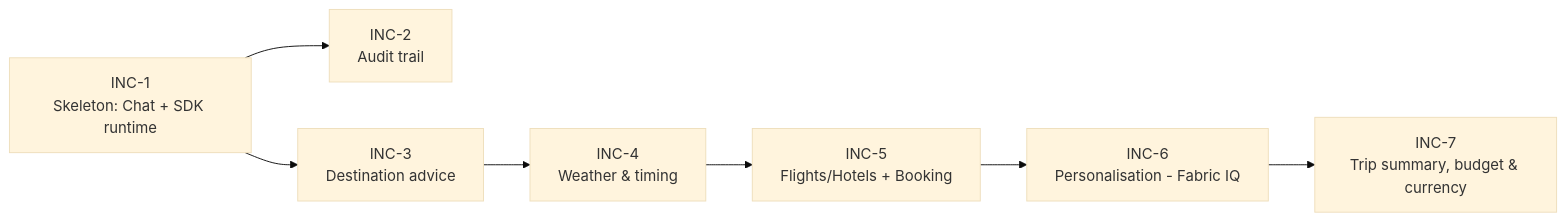
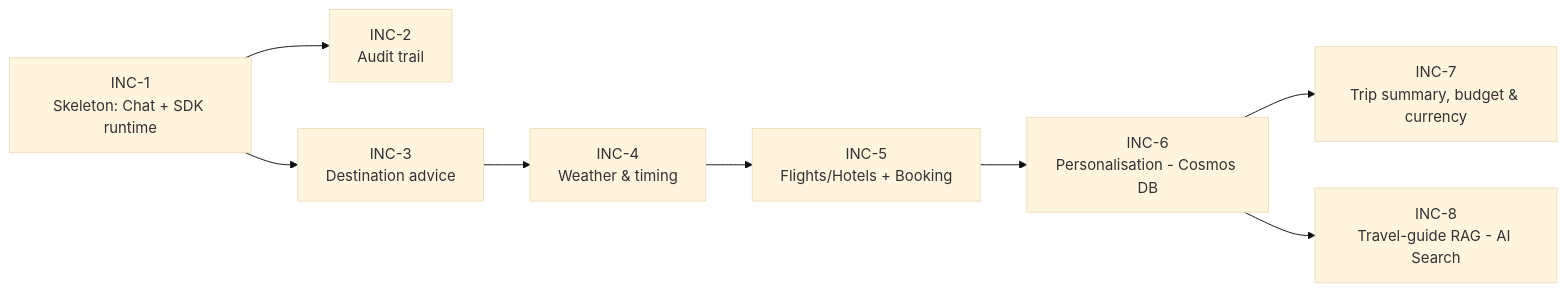
The diagram in specs/increment-plan.md (andrew-rubio/waypoint-demo), drawn with Mermaid (base theme) before and after one commit. The commit also changed other lines of this file and 42 other files, not shown here.

First line of the commit message:
feat: implement personalisation feature with Cosmos DB integration

````diff
--- a/specs/increment-plan.md
+++ b/specs/increment-plan.md
@@ -18,9 +18,10 @@
 ```mermaid
 flowchart LR
     I1[INC-1<br/>Skeleton: Chat + SDK runtime] --> I2[INC-2<br/>Audit trail]
     I1 --> I3[INC-3<br/>Destination advice]
     I3 --> I4[INC-4<br/>Weather & timing]
     I4 --> I5[INC-5<br/>Flights/Hotels + Booking]
-    I5 --> I6[INC-6<br/>Personalisation - Fabric IQ]
+    I5 --> I6[INC-6<br/>Personalisation - Cosmos DB]
     I6 --> I7[INC-7<br/>Trip summary, budget & currency]
+    I6 --> I8[INC-8<br/>Travel-guide RAG - AI Search]
 ```
````
